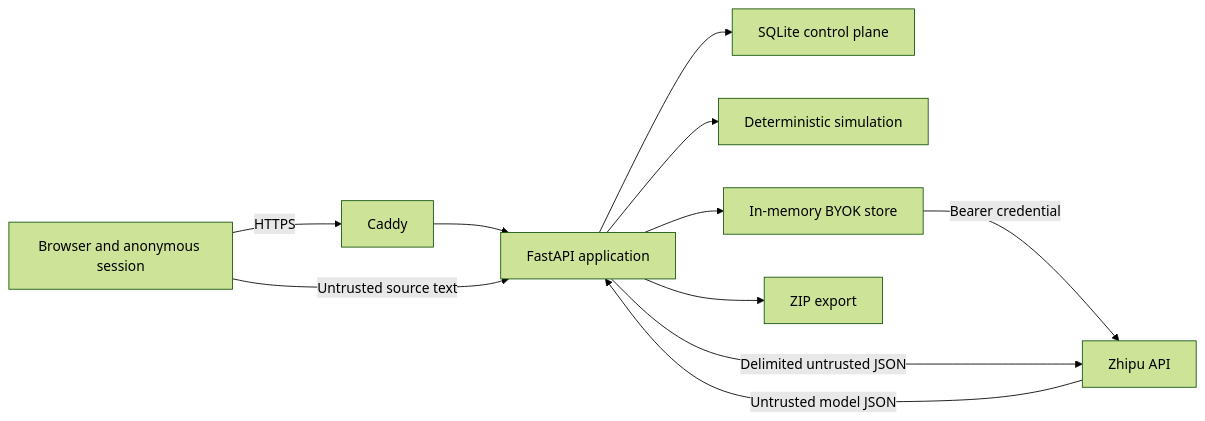
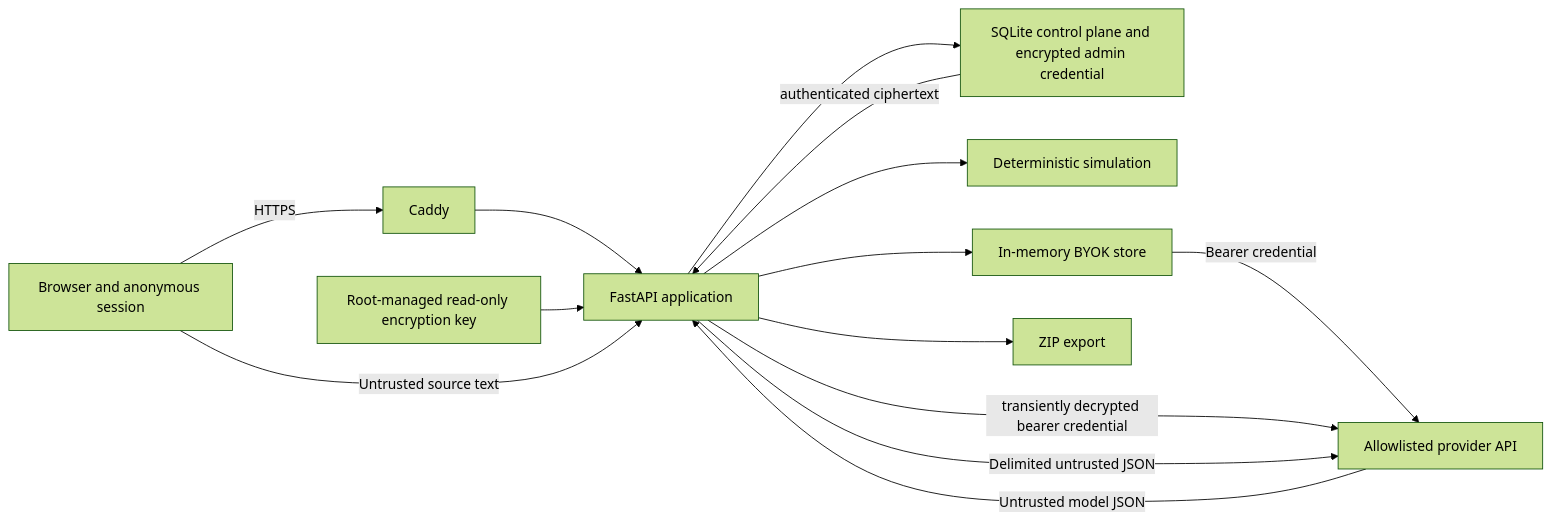
Before and after one commit to Mike-Zhuang/EventShock: the diagram in docs/governance/threat-model.md, drawn with Mermaid (forest theme). The commit also changed other lines of this file and 128 other files, not shown here.

Commit message:
feat: add encrypted administrator api key vault

````diff
--- a/docs/governance/threat-model.md
+++ b/docs/governance/threat-model.md
@@ -21,13 +21,16 @@
 ```mermaid
 flowchart LR
     U["Browser and anonymous session"] -->|"HTTPS"| C["Caddy"]
     C --> A["FastAPI application"]
-    A --> D["SQLite control plane"]
+    A --> D["SQLite control plane and encrypted admin credential"]
     A --> E["Deterministic simulation"]
     A --> K["In-memory BYOK store"]
-    K -->|"Bearer credential"| Z["Zhipu API"]
+    S["Root-managed read-only encryption key"] --> A
+    D -->|"authenticated ciphertext"| A
+    K -->|"Bearer credential"| Z["Allowlisted provider API"]
+    A -->|"transiently decrypted bearer credential"| Z
     U -->|"Untrusted source text"| A
     A -->|"Delimited untrusted JSON"| Z
     Z -->|"Untrusted model JSON"| A
     A --> X["ZIP export"]
 ```
````
